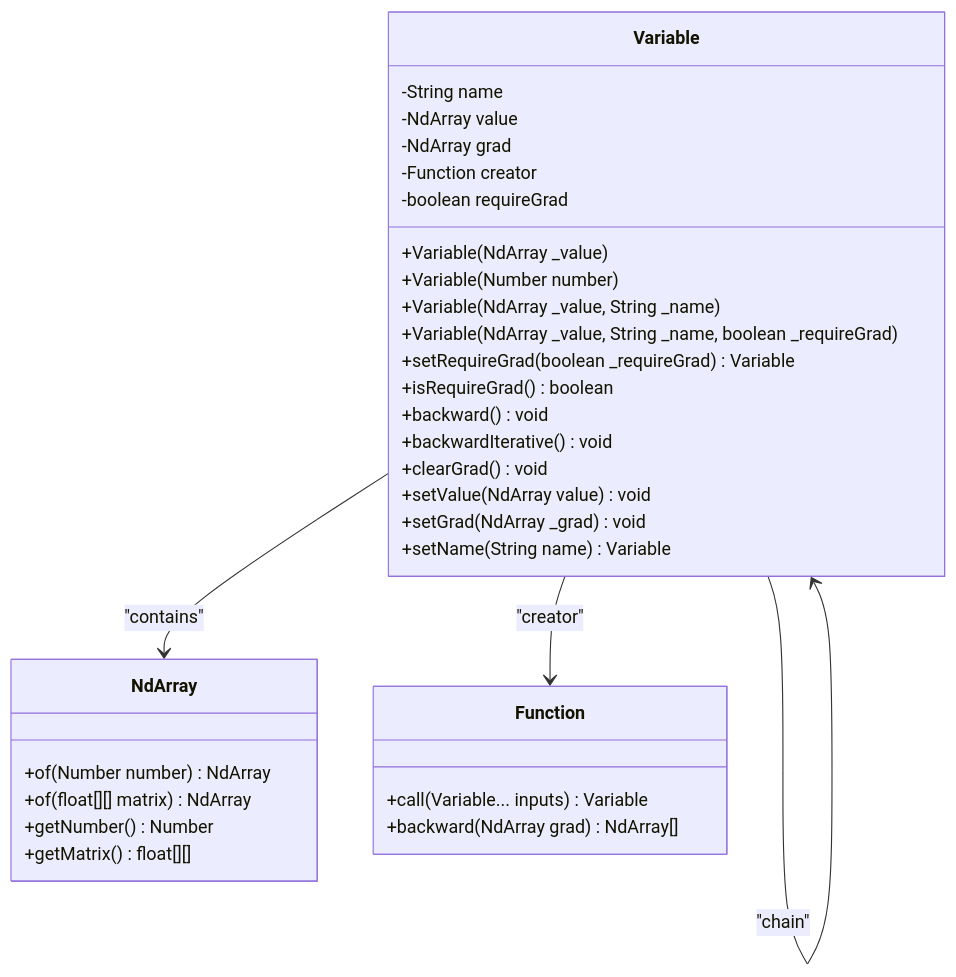
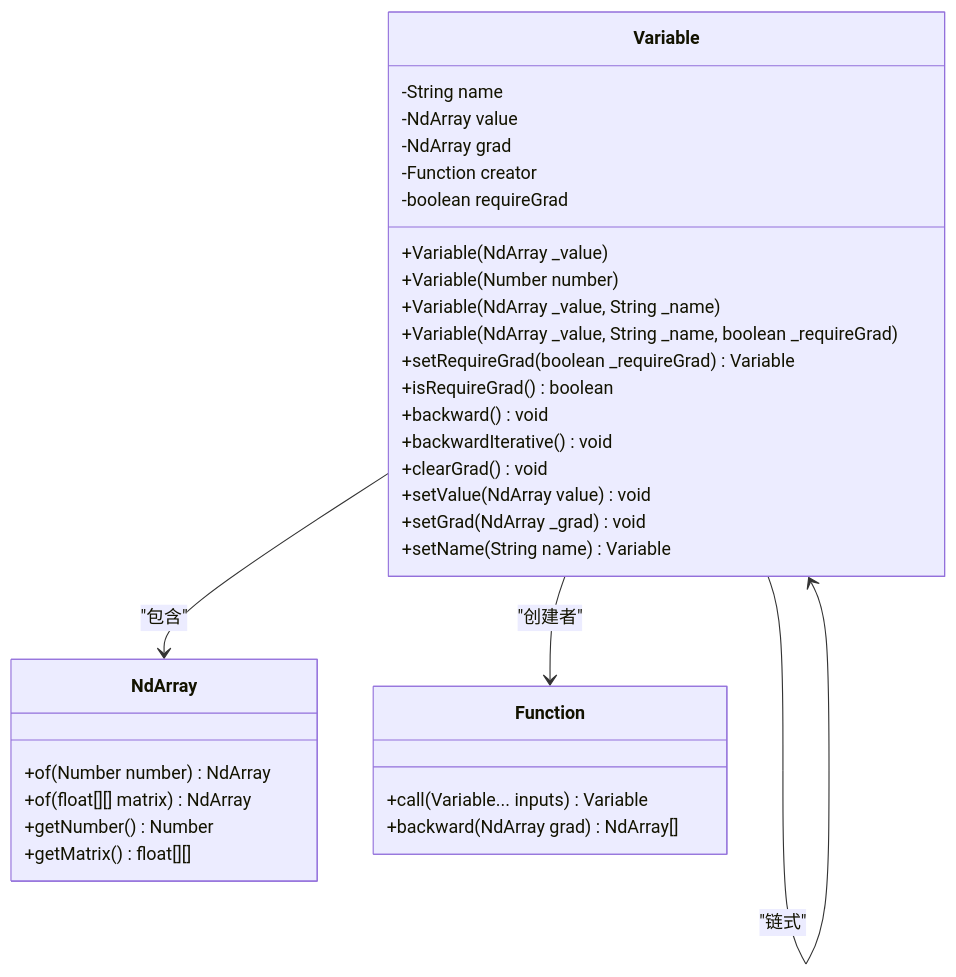
Before and after one commit to Leavesfly/TinyAI: the first of 2 diagrams in .qoder/repowiki/zh/content/API参考/变量系统API/变量构造方法.md, drawn with Mermaid. The commit also changed other lines of this file and 40 other files, not shown here.

````diff
--- a/.qoder/repowiki/zh/content/API参考/变量系统API/变量构造方法.md
+++ b/.qoder/repowiki/zh/content/API参考/变量系统API/变量构造方法.md
@@ -38,35 +45,35 @@
 ```mermaid
 classDiagram
 class Variable {
 -String name
 -NdArray value
 -NdArray grad
 -Function creator
 -boolean requireGrad
 +Variable(NdArray _value)
 +Variable(Number number)
 +Variable(NdArray _value, String _name)
 +Variable(NdArray _value, String _name, boolean _requireGrad)
 +setRequireGrad(boolean _requireGrad) Variable
 +isRequireGrad() boolean
 +backward() void
 +backwardIterative() void
 +clearGrad() void
 +setValue(NdArray value) void
 +setGrad(NdArray _grad) void
 +setName(String name) Variable
 }
 class NdArray {
 +of(Number number) NdArray
 +of(float[][] matrix) NdArray
 +getNumber() Number
 +getMatrix() float[][]
 }
 class Function {
 +call(Variable... inputs) Variable
 +backward(NdArray grad) NdArray[]
 }
-Variable --> NdArray : "contains"
-Variable --> Function : "creator"
-Variable --> Variable : "chain"
+Variable --> NdArray : "包含"
+Variable --> Function : "创建者"
+Variable --> Variable : "链式"
 ```
````
